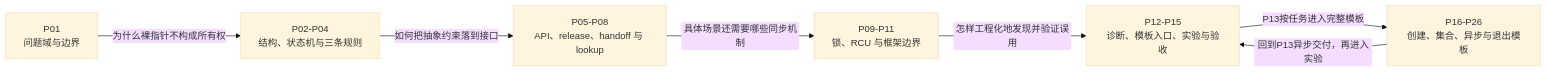
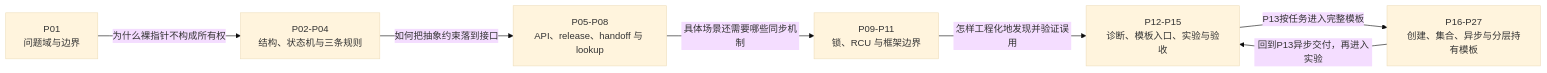
The diagram in knowledge/linux/object_lifetime/kref/大纲.md (FormingSystem/linux_note), drawn with Mermaid (base theme) before and after one commit. The commit also changed other lines of this file and 19 other files, not shown here.

````diff
--- a/knowledge/linux/object_lifetime/kref/大纲.md
+++ b/knowledge/linux/object_lifetime/kref/大纲.md
@@ -21,16 +21,16 @@
 ```mermaid
 flowchart LR
     A["P01<br/>问题域与边界"]
     B["P02-P04<br/>结构、状态机与三条规则"]
     C["P05-P08<br/>API、release、handoff 与 lookup"]
     D["P09-P11<br/>锁、RCU 与框架边界"]
     E["P12-P15<br/>诊断、模板入口、实验与验收"]
-    T["P16-P26<br/>创建、集合、异步与退出模板"]
+    T["P16-P27<br/>创建、集合、异步与分层持有模板"]
 
     A -->|"为什么裸指针不构成所有权"| B
     B -->|"如何把抽象约束落到接口"| C
     C -->|"具体场景还需要哪些同步机制"| D
     D -->|"怎样工程化地发现并验证误用"| E
     E -->|"P13按任务进入完整模板"| T
     T -->|"回到P13异步交付，再进入实验"| E
 ```
````
